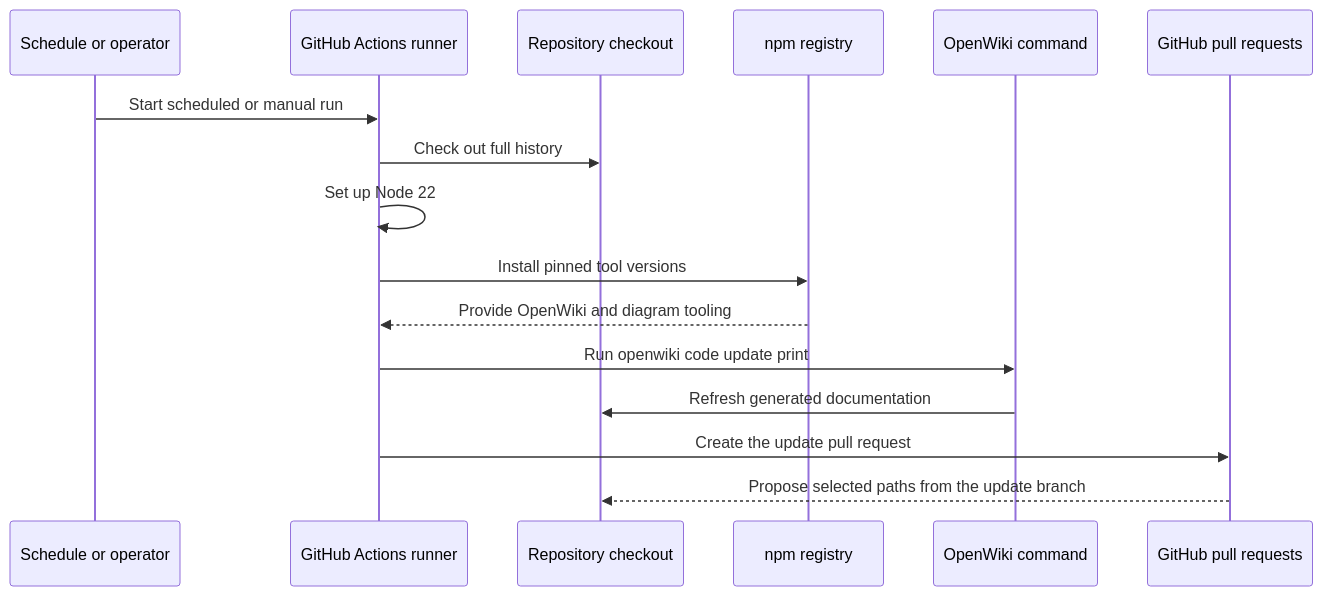
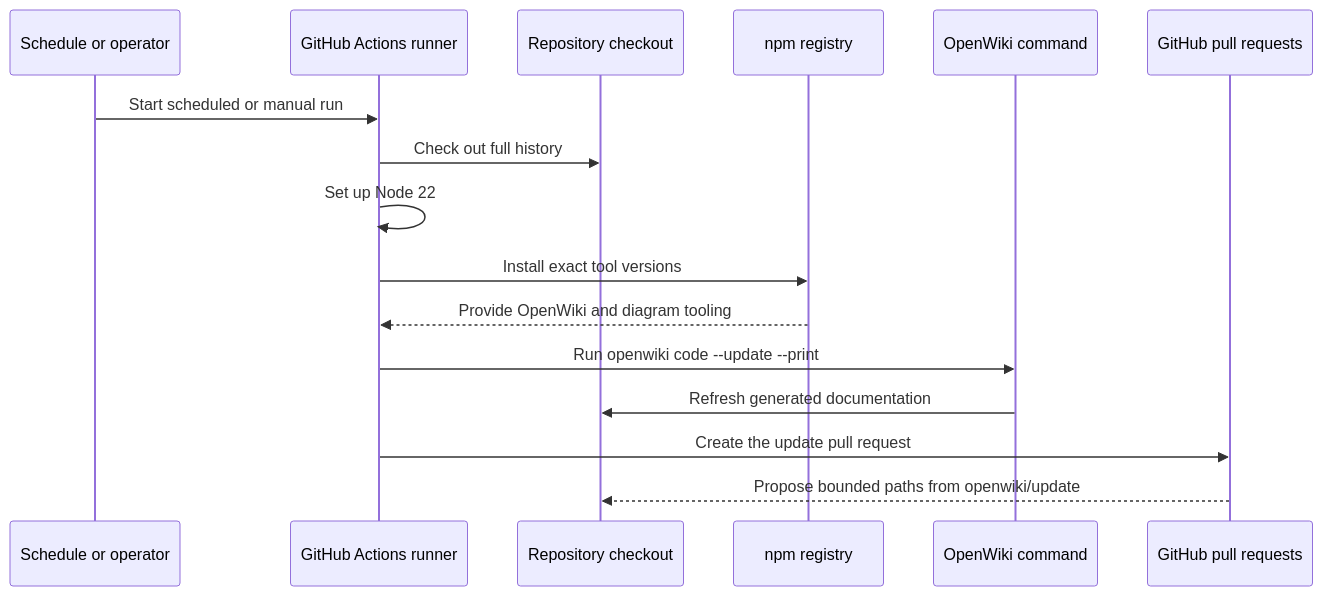
One commit to LaNguAx/bidpoint changed the second of 2 diagrams in openwiki/workflows/repository-change-lifecycle.md. Above: the diagram before and after it, drawn with Mermaid. The commit also changed other lines of this file and 14 other files, not shown here.

First line of the commit message:
docs: regenerate OpenWiki for the four-environment model

````diff
--- a/openwiki/workflows/repository-change-lifecycle.md
+++ b/openwiki/workflows/repository-change-lifecycle.md
@@ -165,19 +202,19 @@
 ```mermaid
 sequenceDiagram
   participant Trigger as Schedule or operator
   participant Runner as GitHub Actions runner
   participant Repository as Repository checkout
   participant Npm as npm registry
   participant OpenWiki as OpenWiki command
   participant GitHub as GitHub pull requests
 
   Trigger->>Runner: Start scheduled or manual run
   Runner->>Repository: Check out full history
   Runner->>Runner: Set up Node 22
-  Runner->>Npm: Install pinned tool versions
+  Runner->>Npm: Install exact tool versions
   Npm-->>Runner: Provide OpenWiki and diagram tooling
-  Runner->>OpenWiki: Run openwiki code update print
+  Runner->>OpenWiki: Run openwiki code --update --print
   OpenWiki->>Repository: Refresh generated documentation
   Runner->>GitHub: Create the update pull request
-  GitHub-->>Repository: Propose selected paths from the update branch
+  GitHub-->>Repository: Propose bounded paths from openwiki/update
 ```
````
